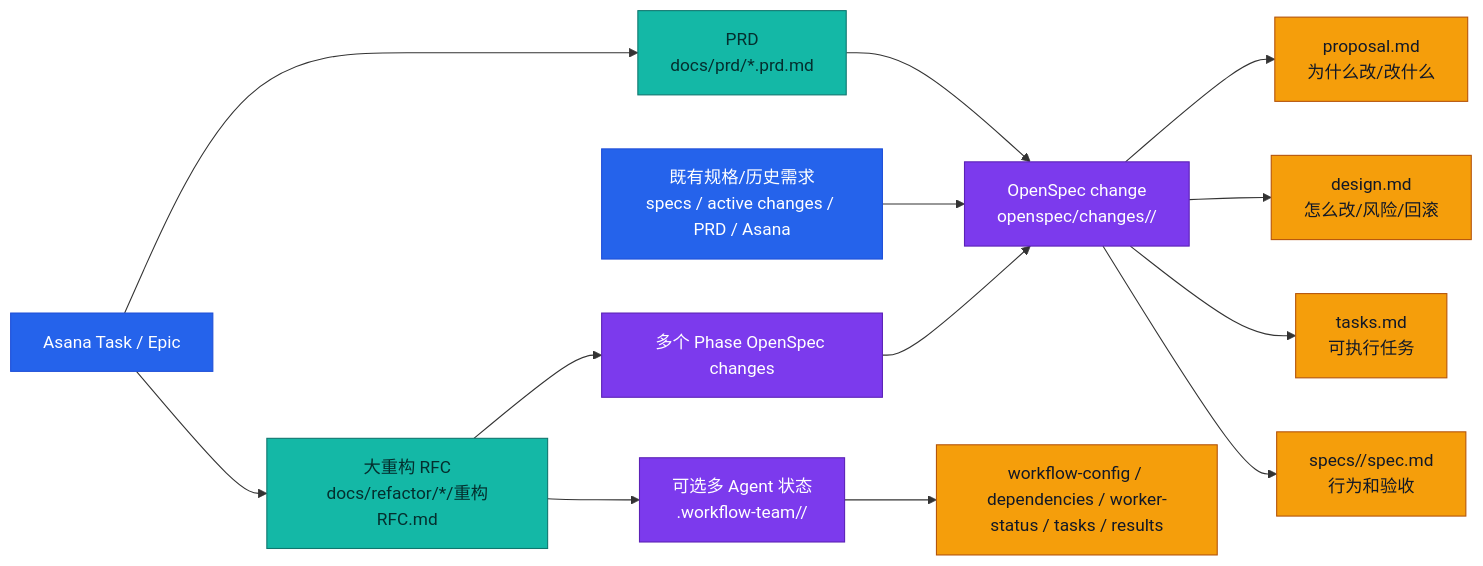
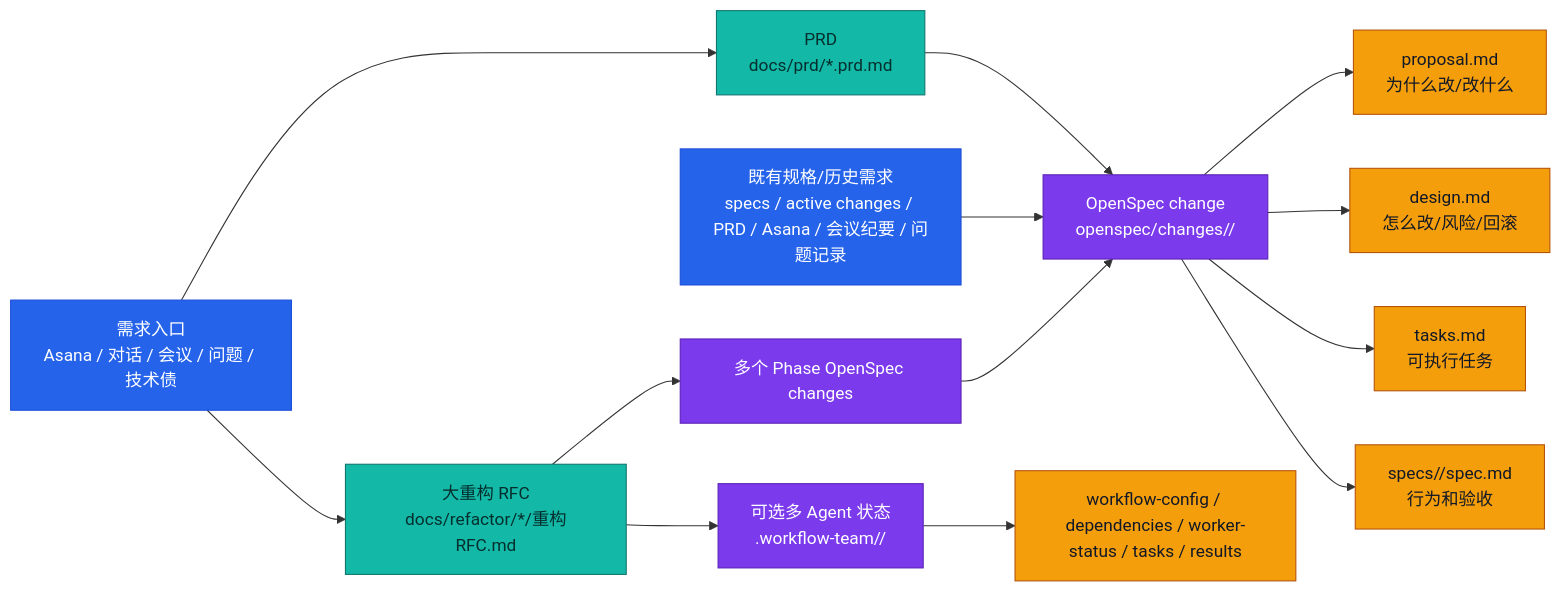
One commit to guobang1998/asana-openspec-java-workflow changed the fourth of 4 diagrams in 流程图.md. Above: the diagram before and after it, drawn with Mermaid. The commit also changed other lines of this file and 14 other files, not shown here.

````diff
--- a/流程图.md
+++ b/流程图.md
@@ -135,26 +148,26 @@
 ```mermaid
 flowchart LR
-  A["Asana Task / Epic"] --> B["PRD<br/>docs/prd/*.prd.md"]
+  A["需求入口<br/>Asana / 对话 / 会议 / 问题 / 技术债"] --> B["PRD<br/>docs/prd/*.prd.md"]
   B --> C["OpenSpec change<br/>openspec/changes/<change-id>/"]
-  J["既有规格/历史需求<br/>specs / active changes / PRD / Asana"] --> C
+  J["既有规格/历史需求<br/>specs / active changes / PRD / Asana / 会议纪要 / 问题记录"] --> C
   C --> D["proposal.md<br/>为什么改/改什么"]
   C --> E["design.md<br/>怎么改/风险/回滚"]
   C --> F["tasks.md<br/>可执行任务"]
   C --> G["specs/<capability>/spec.md<br/>行为和验收"]
 
   A --> H["大重构 RFC<br/>docs/refactor/*/重构RFC.md"]
   H --> I["多个 Phase OpenSpec changes"]
   H --> K["可选多 Agent 状态<br/>.workflow-team/<change-id>/"]
   K --> L["workflow-config / dependencies / worker-status / tasks / results"]
   I --> C
 
   classDef source fill:#2563eb,color:#fff,stroke:#1d4ed8;
   classDef prd fill:#14b8a6,color:#042f2e,stroke:#0f766e;
   classDef spec fill:#7c3aed,color:#fff,stroke:#5b21b6;
   classDef file fill:#f59e0b,color:#111827,stroke:#b45309;
 
   class A,J source;
   class B,H prd;
   class C,I,K spec;
   class D,E,F,G,L file;
 ```
````
